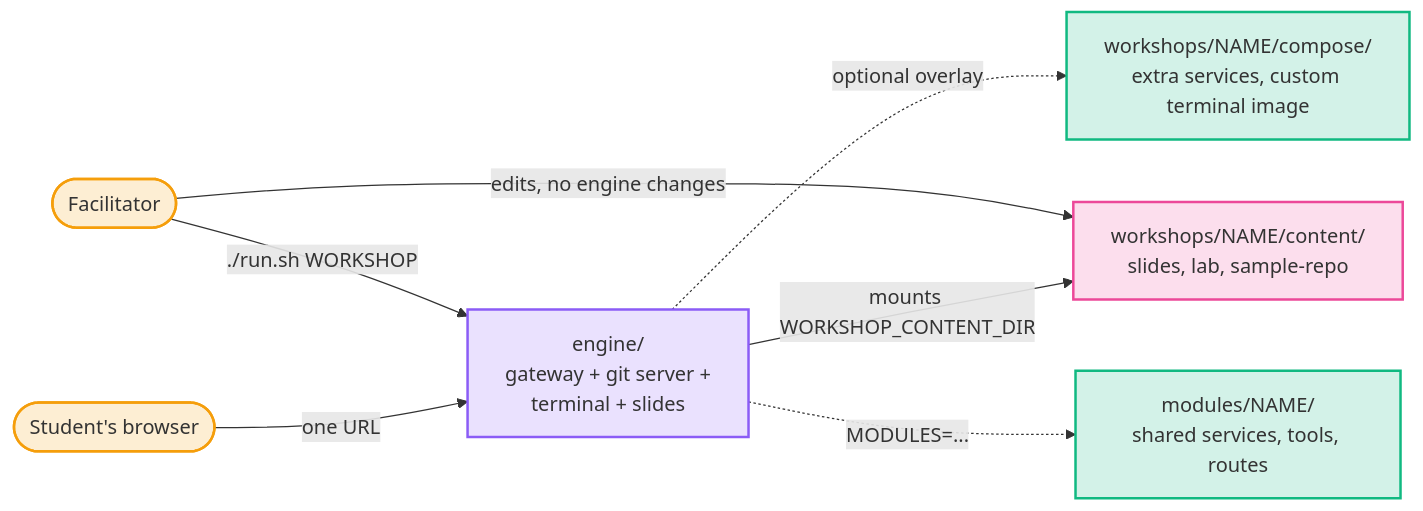
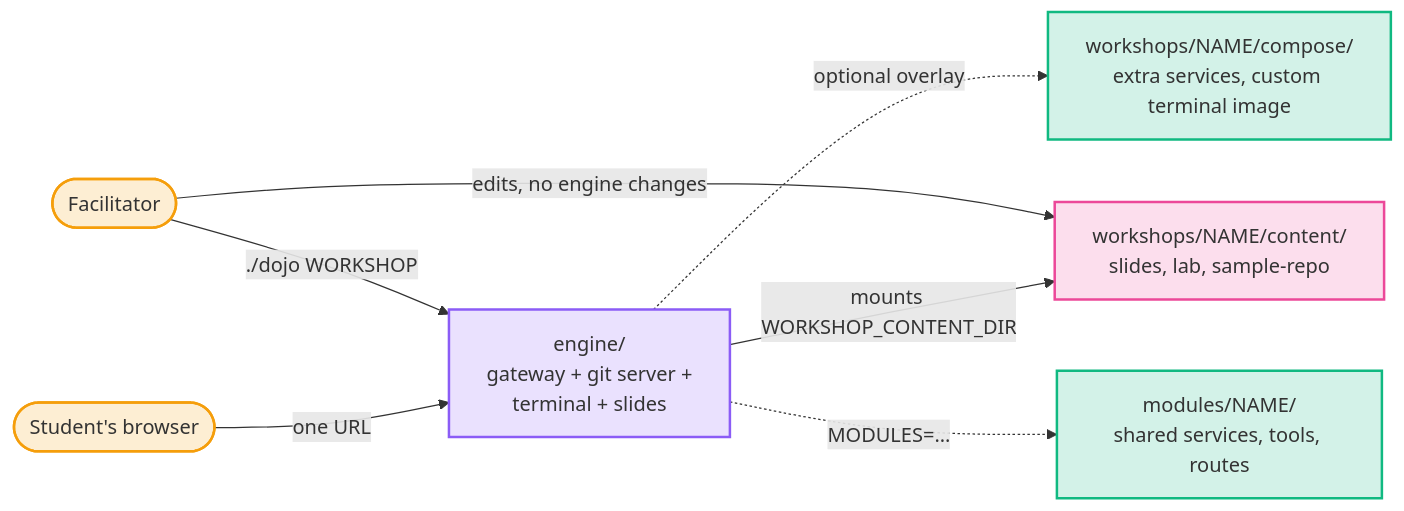
One commit to fiddler110/GitOps_Dojo changed the first of 15 diagrams in README.md. Above: the diagram before and after it, drawn with Mermaid. The commit also changed other lines of this file and 167 other files, not shown here.

First line of the commit message:
cli: ./dojo replaces ./run.sh; the Python CLI is the only entry point

````diff
--- a/README.md
+++ b/README.md
@@ -196,18 +196,18 @@
 ```mermaid
 graph LR
     Student(["Student's browser"]) -->|"one URL"| Gateway["engine/<br/>gateway + git server +<br/>terminal + slides"]
-    Facilitator(["Facilitator"]) -->|"./run.sh WORKSHOP"| Gateway
+    Facilitator(["Facilitator"]) -->|"./dojo WORKSHOP"| Gateway
     Gateway -->|"mounts WORKSHOP_CONTENT_DIR"| Content["workshops/NAME/content/<br/>slides, lab, sample-repo"]
     Gateway -.->|"optional overlay"| Extra["workshops/NAME/compose/<br/>extra services, custom terminal image"]
     Gateway -.->|"MODULES=..."| Mods["modules/NAME/<br/>shared services, tools, routes"]
     Facilitator -->|"edits, no engine changes"| Content
 
     classDef addon fill:#10b9812e,stroke:#10b981,stroke-width:2px
     classDef content fill:#ec48992e,stroke:#ec4899,stroke-width:2px
     classDef gw fill:#8b5cf62e,stroke:#8b5cf6,stroke-width:2px
     classDef person fill:#f59e0b2e,stroke:#f59e0b,stroke-width:2px
     class Extra,Mods addon
     class Content content
     class Gateway gw
     class Student,Facilitator person
 ```
````
